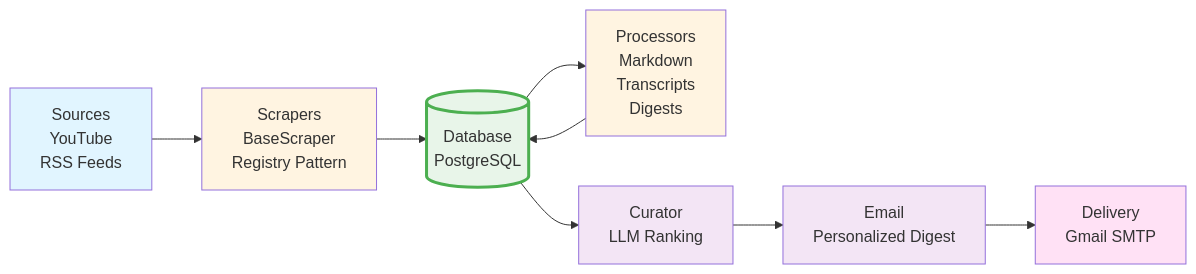
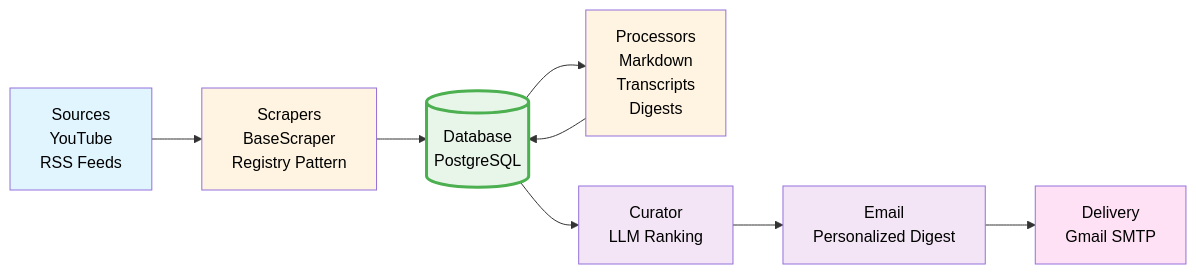
Before and after one commit to priyanshu-exe/ai-news-aggregator: the diagram in README.md, drawn with Mermaid.

Commit message:
Enhance color contrast in architecture diagram
Updated color properties for architecture diagram styles.

````diff
--- a/README.md
+++ b/README.md
@@ -16,18 +16,19 @@
 ```mermaid
+%%{init: {'themeVariables': { 'textColor': '#000000' }} }%%
 graph LR
     A[Sources<br/>YouTube<br/>RSS Feeds] --> B[Scrapers<br/>BaseScraper<br/>Registry Pattern]
     B --> C[(Database<br/>PostgreSQL)]
     C --> D[Processors<br/>Markdown<br/>Transcripts<br/>Digests]
     D --> C
     C --> E[Curator<br/>LLM Ranking]
     E --> F[Email<br/>Personalized Digest]
     F --> G[Delivery<br/>Gmail SMTP]
     
-    style A fill:#e1f5ff
-    style B fill:#fff4e1
-    style C fill:#e8f5e9,stroke:#4caf50,stroke-width:3px
-    style D fill:#fff4e1
-    style E fill:#f3e5f5
-    style F fill:#f3e5f5
-    style G fill:#ffe1f5
+    style A fill:#e1f5ff,color:#000000
+    style B fill:#fff4e1,color:#000000
+    style C fill:#e8f5e9,stroke:#4caf50,stroke-width:3px,color:#000000
+    style D fill:#fff4e1,color:#000000
+    style E fill:#f3e5f5,color:#000000
+    style F fill:#f3e5f5,color:#000000
+    style G fill:#ffe1f5,color:#000000
 ```
````
